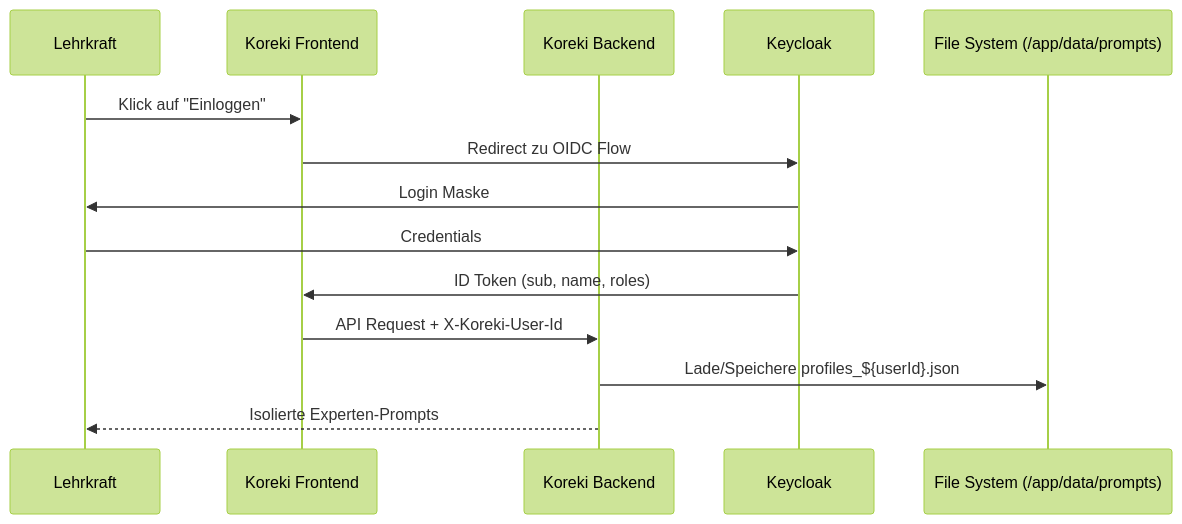
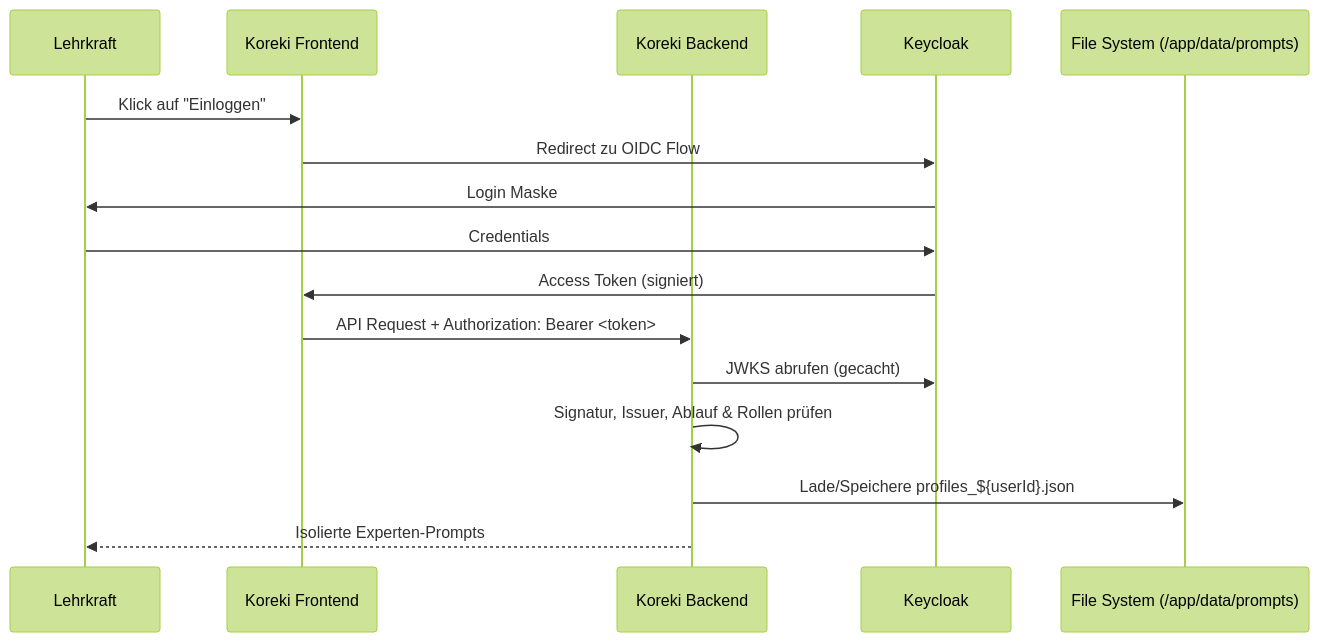
Before and after one commit to koreki-org/koreki: the diagram in docs/operations/community-multi-user-setup.md, drawn with Mermaid (forest theme). The commit also changed other lines of this file and 23 other files, not shown here.

````diff
--- a/docs/operations/community-multi-user-setup.md
+++ b/docs/operations/community-multi-user-setup.md
@@ -26,17 +26,19 @@
 ```mermaid
 sequenceDiagram
     participant User as Lehrkraft
     participant App as Koreki Frontend
     participant API as Koreki Backend
     participant KC as Keycloak
     participant FS as File System (/app/data/prompts)
 
     User->>App: Klick auf "Einloggen"
     App->>KC: Redirect zu OIDC Flow
     KC->>User: Login Maske
     User->>KC: Credentials
-    KC->>App: ID Token (sub, name, roles)
-    App->>API: API Request + X-Koreki-User-Id
+    KC->>App: Access Token (signiert)
+    App->>API: API Request + Authorization: Bearer <token>
+    API->>KC: JWKS abrufen (gecacht)
+    API->>API: Signatur, Issuer, Ablauf & Rollen prüfen
     API->>FS: Lade/Speichere profiles_${userId}.json
     API-->>User: Isolierte Experten-Prompts
 ```
````
